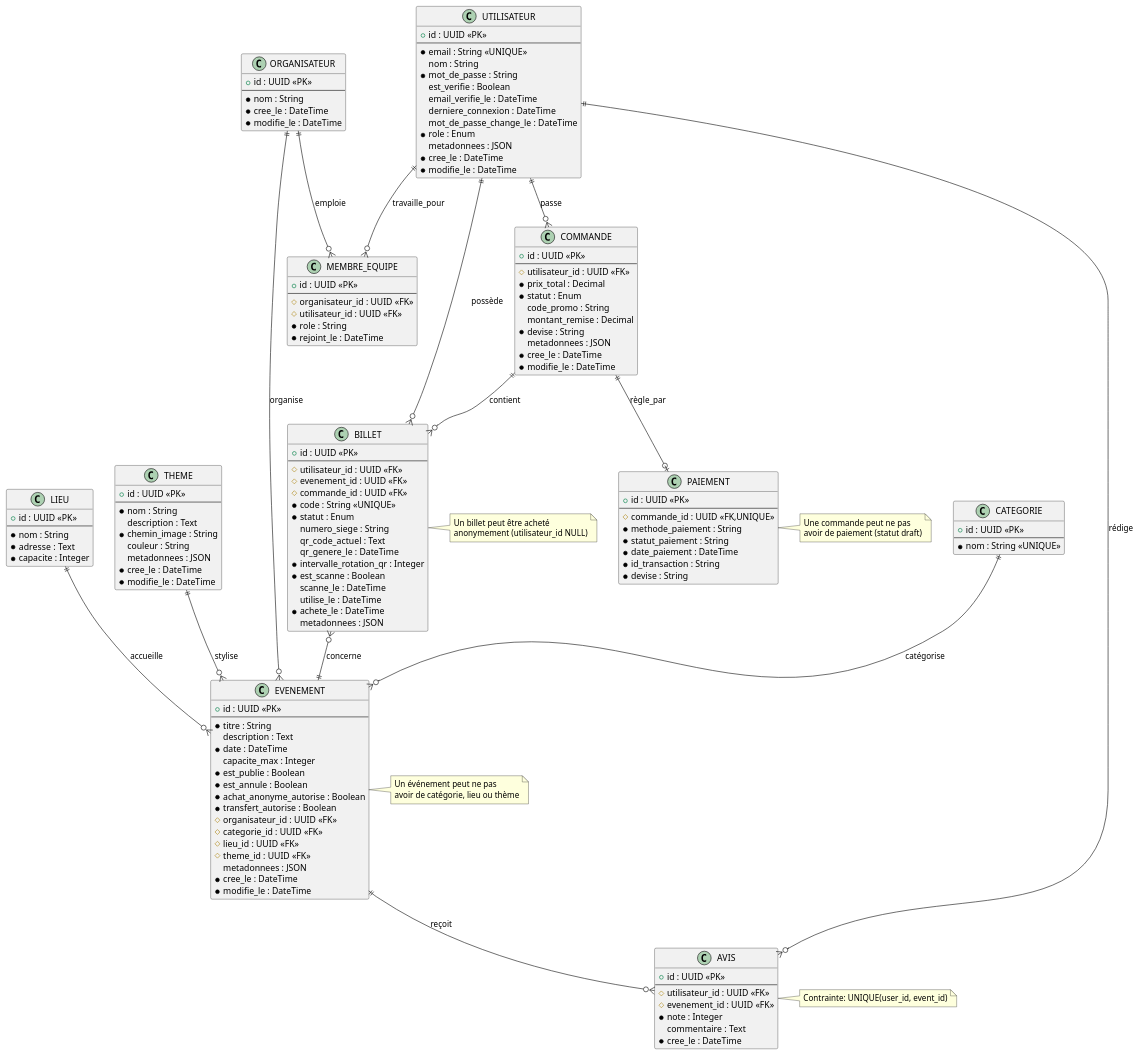
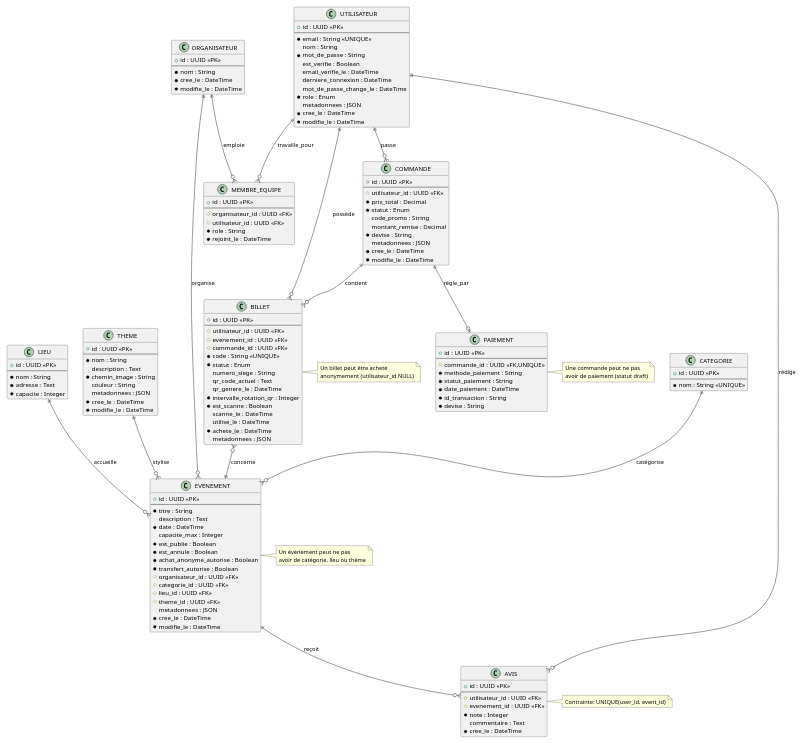
The diagram in diagrams/merise/mld-billetterie.puml (CorentinCoulet/M-C-Billetterie), drawn with PlantUML before and after one commit. The commit also changed 7 other files, not shown here.

Commit message:
correction de plusieurs diagrammes

```diff
--- a/diagrams/merise/mld-billetterie.puml
+++ b/diagrams/merise/mld-billetterie.puml
@@ -1,158 +1,161 @@
 @startuml MLD-Billetterie
+
+scale 0.7
+page 2x1
 
 class UTILISATEUR {
     + id : UUID <<PK>>
     --
     * email : String <<UNIQUE>>
     nom : String
     * mot_de_passe : String
     est_verifie : Boolean
     email_verifie_le : DateTime
     derniere_connexion : DateTime
     mot_de_passe_change_le : DateTime
     * role : Enum
     metadonnees : JSON
     * cree_le : DateTime
     * modifie_le : DateTime
 }
 
 class ORGANISATEUR {
     + id : UUID <<PK>>
     --
     * nom : String
     * cree_le : DateTime
     * modifie_le : DateTime
 }
 
 class EVENEMENT {
     + id : UUID <<PK>>
     --
     * titre : String
     description : Text
     * date : DateTime
     ' lieu text retiré au profit de la FK lieu_id
     capacite_max : Integer
     * est_publie : Boolean
     * est_annule : Boolean
     * achat_anonyme_autorise : Boolean
     * transfert_autorise : Boolean
     # organisateur_id : UUID <<FK>>
     # categorie_id : UUID <<FK>>
     # lieu_id : UUID <<FK>>
     # theme_id : UUID <<FK>>
     metadonnees : JSON
     * cree_le : DateTime
     * modifie_le : DateTime
 }
 
 class COMMANDE {
     + id : UUID <<PK>>
     --
     # utilisateur_id : UUID <<FK>>
     * prix_total : Decimal
     * statut : Enum
     code_promo : String
     montant_remise : Decimal
     * devise : String
     metadonnees : JSON
     * cree_le : DateTime
     * modifie_le : DateTime
 }
 
 class BILLET {
     + id : UUID <<PK>>
     --
     # utilisateur_id : UUID <<FK>>
     # evenement_id : UUID <<FK>>
     # commande_id : UUID <<FK>>
     * code : String <<UNIQUE>>
     * statut : Enum
     numero_siege : String
     qr_code_actuel : Text
     qr_genere_le : DateTime
     * intervalle_rotation_qr : Integer
     * est_scanne : Boolean
     scanne_le : DateTime
     utilise_le : DateTime
     * achete_le : DateTime
     metadonnees : JSON
 }
 
 class PAIEMENT {
     + id : UUID <<PK>>
     --
     # commande_id : UUID <<FK,UNIQUE>>
     * methode_paiement : String
     * statut_paiement : String
     * date_paiement : DateTime
     * id_transaction : String
     * devise : String
 }
 
 class CATEGORIE {
     + id : UUID <<PK>>
     --
     * nom : String <<UNIQUE>>
 }
 
 class LIEU {
     + id : UUID <<PK>>
     --
     * nom : String
     * adresse : Text
     * capacite : Integer
 }
 
 class AVIS {
     + id : UUID <<PK>>
     --
     # utilisateur_id : UUID <<FK>>
     # evenement_id : UUID <<FK>>
     * note : Integer
     commentaire : Text
     * cree_le : DateTime
 }
 
 class THEME {
     + id : UUID <<PK>>
     --
     * nom : String
     description : Text
     * chemin_image : String
     couleur : String
     metadonnees : JSON
     * cree_le : DateTime
     * modifie_le : DateTime
 }
 
 class MEMBRE_EQUIPE {
     + id : UUID <<PK>>
     --
     # organisateur_id : UUID <<FK>>
     # utilisateur_id : UUID <<FK>>
     * role : String
     * rejoint_le : DateTime
 }
 
 ' Relations avec cardinalités
 UTILISATEUR ||--o{ COMMANDE : "passe"
 COMMANDE ||--o{ BILLET : "contient"
 BILLET }o--|| EVENEMENT : "concerne"
 UTILISATEUR ||--o{ BILLET : "possède"
 ORGANISATEUR ||--o{ EVENEMENT : "organise"
 CATEGORIE ||--o{ EVENEMENT : "catégorise"
 LIEU ||--o{ EVENEMENT : "accueille"
 UTILISATEUR ||--o{ AVIS : "rédige"
 EVENEMENT ||--o{ AVIS : "reçoit"
 THEME ||--o{ EVENEMENT : "stylise"
 ORGANISATEUR ||--o{ MEMBRE_EQUIPE : "emploie"
 UTILISATEUR ||--o{ MEMBRE_EQUIPE : "travaille_pour"
 COMMANDE ||--o| PAIEMENT : "règle_par"
 
 ' Notes sur les cardinalités
 note right of BILLET : Un billet peut être acheté\nanonymement (utilisateur_id NULL)
 note right of AVIS : Contrainte: UNIQUE(user_id, event_id)
 note right of EVENEMENT : Un événement peut ne pas\navoir de catégorie, lieu ou thème
 note right of PAIEMENT : Une commande peut ne pas\navoir de paiement (statut draft)
 
 @enduml
```
